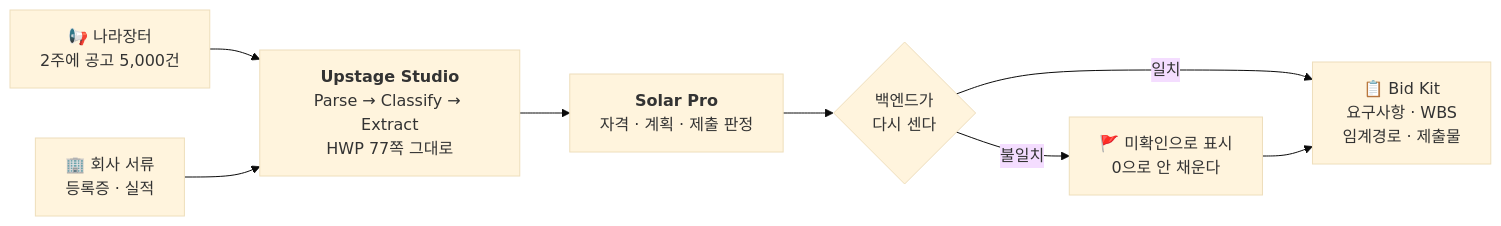
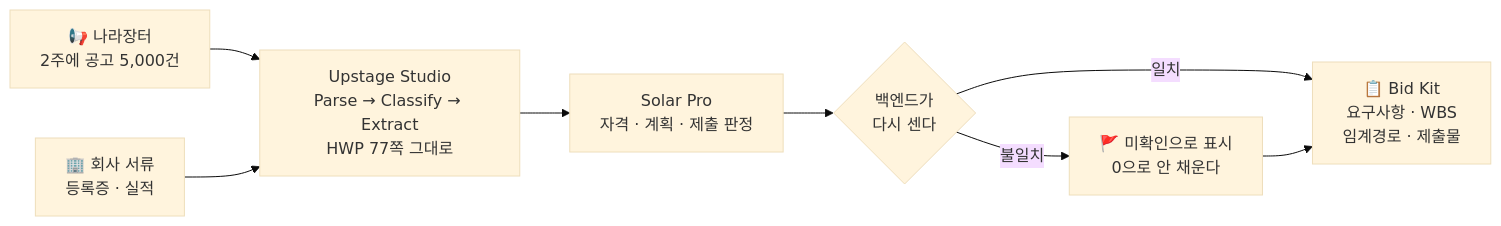
The second of 2 diagrams in README.md (serenwoon/serenwoon), drawn with Mermaid (base theme) before and after one commit.

Commit message:
mermaid 라벨에서 <b> 를 뺀다
GitHub 는 mermaid 를 교차 출처 iframe 으로 렌더해서 밖에서 결과를
확인할 수 없다. 검증할 수 없으면 위험을 없애는 쪽이 낫다 --
이미 렌더되는 걸 확인한 첫 도식과 같은 문법(<br/> 만)으로 맞췄다.

````diff
--- a/README.md
+++ b/README.md
@@ -87,10 +87,10 @@
 ```mermaid
 flowchart LR
     N["📢 나라장터<br/>2주에 공고 5,000건"] --> S
     C["🏢 회사 서류<br/>등록증 · 실적"] --> S
-    S["<b>Upstage Studio</b><br/>Parse → Classify → Extract<br/>HWP 77쪽 그대로"] --> J
-    J["<b>Solar Pro</b><br/>자격 · 계획 · 제출 판정"] --> G
+    S["Upstage Studio<br/>Parse → Classify → Extract<br/>HWP 77쪽 그대로"] --> J
+    J["Solar Pro<br/>자격 · 계획 · 제출 판정"] --> G
     G{"백엔드가<br/>다시 센다"} -->|"불일치"| G2["🚩 미확인으로 표시<br/>0으로 안 채운다"]
     G -->|"일치"| K["📋 Bid Kit<br/>요구사항 · WBS<br/>임계경로 · 제출물"]
     G2 --> K
 ```
````
